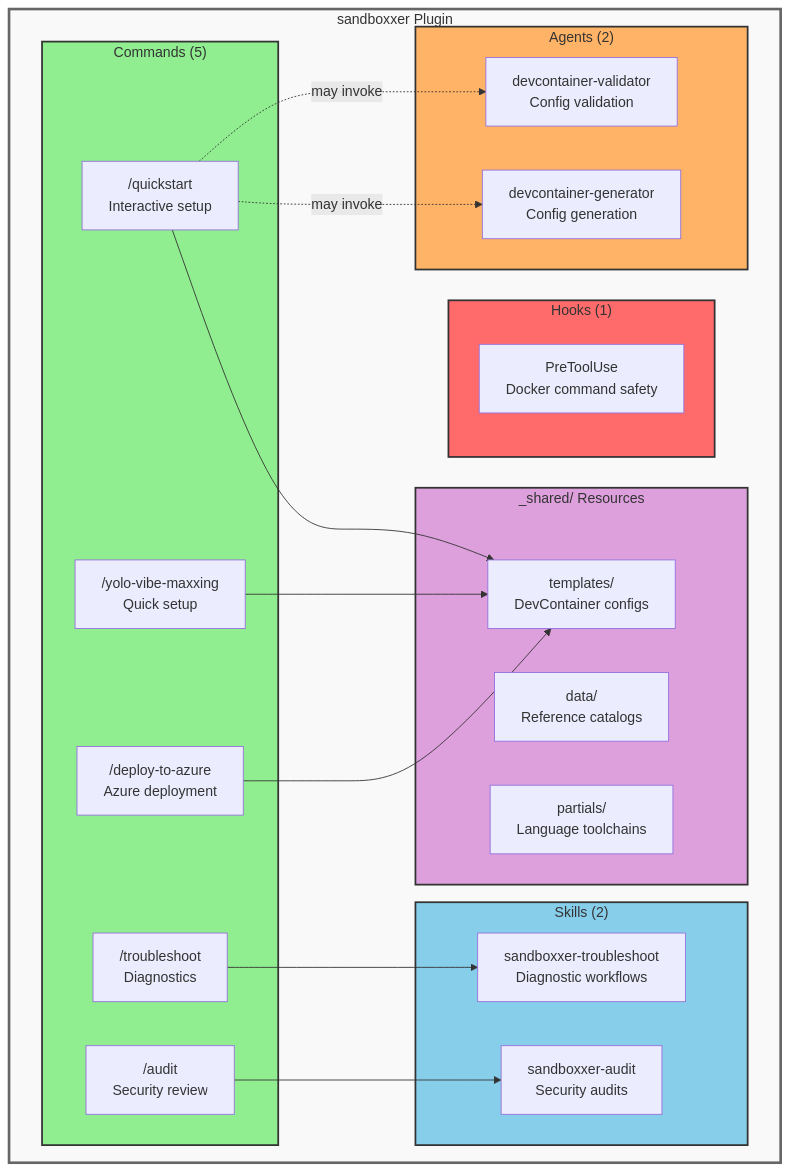
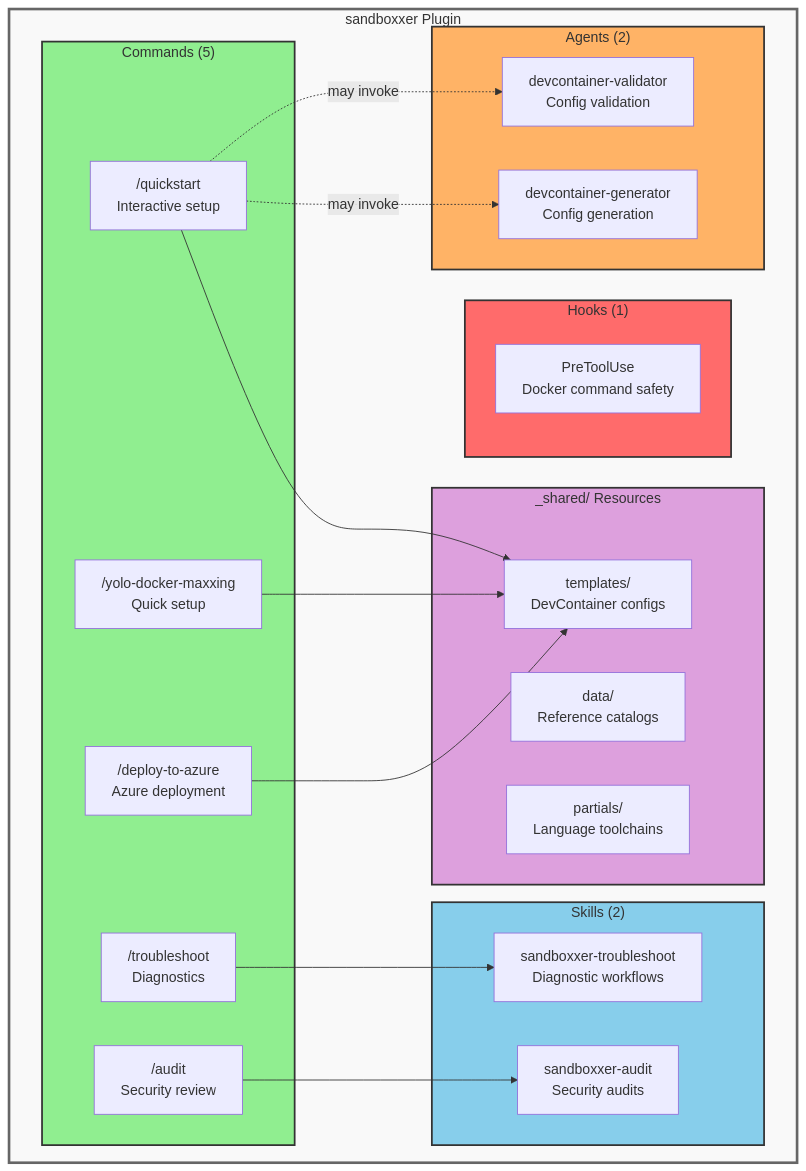
One commit to andrewcchoi/sandbox-maxxing changed the diagram in docs/diagrams/plugin-architecture.mmd. Above: the diagram before and after it, drawn with Mermaid. The commit also changed 23 other files, not shown here.

```diff
--- a/docs/diagrams/plugin-architecture.mmd
+++ b/docs/diagrams/plugin-architecture.mmd
@@ -1,46 +1,46 @@
 graph TB
     subgraph Plugin["sandboxxer Plugin"]
         subgraph Commands["Commands (5)"]
             C1["/quickstart<br/>Interactive setup"]
-            C2["/yolo-vibe-maxxing<br/>Quick setup"]
+            C2["/yolo-docker-maxxing<br/>Quick setup"]
             C3["/troubleshoot<br/>Diagnostics"]
             C4["/audit<br/>Security review"]
             C5["/deploy-to-azure<br/>Azure deployment"]
         end
 
         subgraph Skills["Skills (2)"]
             S1["sandboxxer-troubleshoot<br/>Diagnostic workflows"]
             S2["sandboxxer-audit<br/>Security audits"]
         end
 
         subgraph Agents["Agents (2)"]
             A1["devcontainer-generator<br/>Config generation"]
             A2["devcontainer-validator<br/>Config validation"]
         end
 
         subgraph Hooks["Hooks (1)"]
             H1["PreToolUse<br/>Docker command safety"]
         end
 
         subgraph Shared["_shared/ Resources"]
             T["templates/<br/>DevContainer configs"]
             D["data/<br/>Reference catalogs"]
             P["partials/<br/>Language toolchains"]
         end
     end
 
     C1 --> T
     C2 --> T
     C5 --> T
     C3 --> S1
     C4 --> S2
 
     C1 -.->|"may invoke"| A1
     C1 -.->|"may invoke"| A2
 
     style Commands fill:#90EE90,stroke:#333,stroke-width:2px
     style Skills fill:#87CEEB,stroke:#333,stroke-width:2px
     style Agents fill:#FFB366,stroke:#333,stroke-width:2px
     style Hooks fill:#FF6B6B,stroke:#333,stroke-width:2px
     style Shared fill:#DDA0DD,stroke:#333,stroke-width:2px
     style Plugin fill:#f9f9f9,stroke:#666,stroke-width:3px
```
